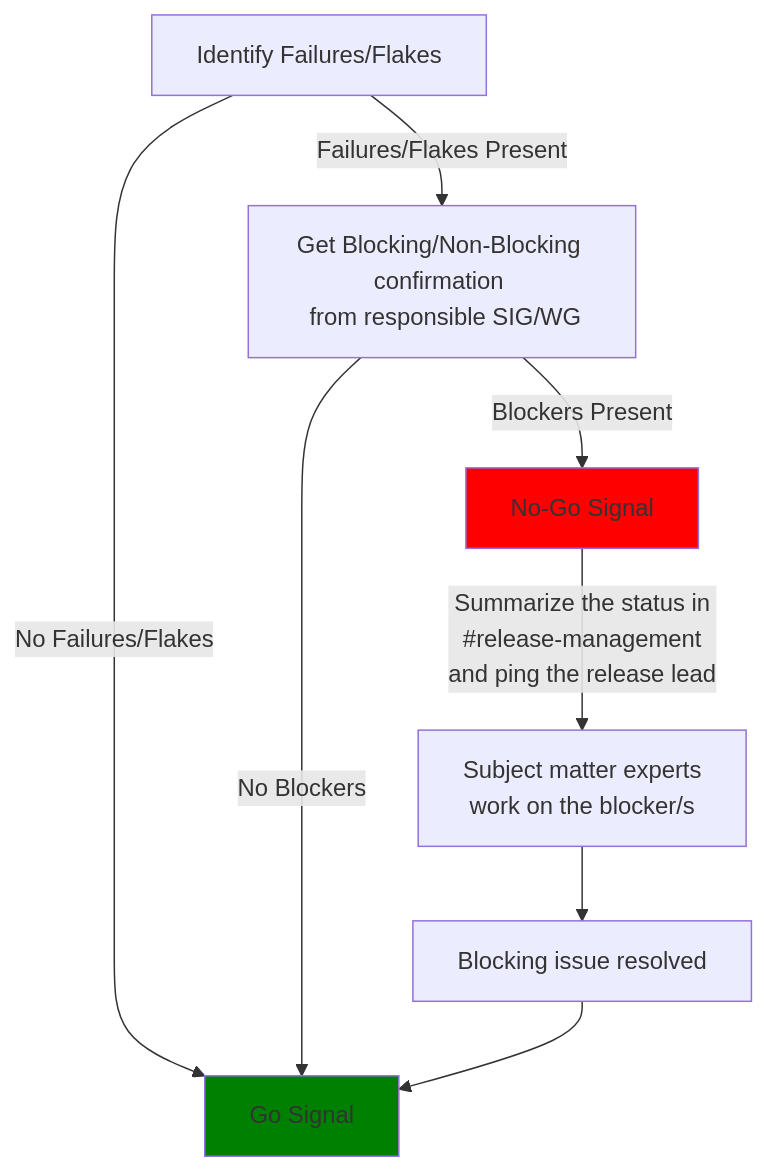
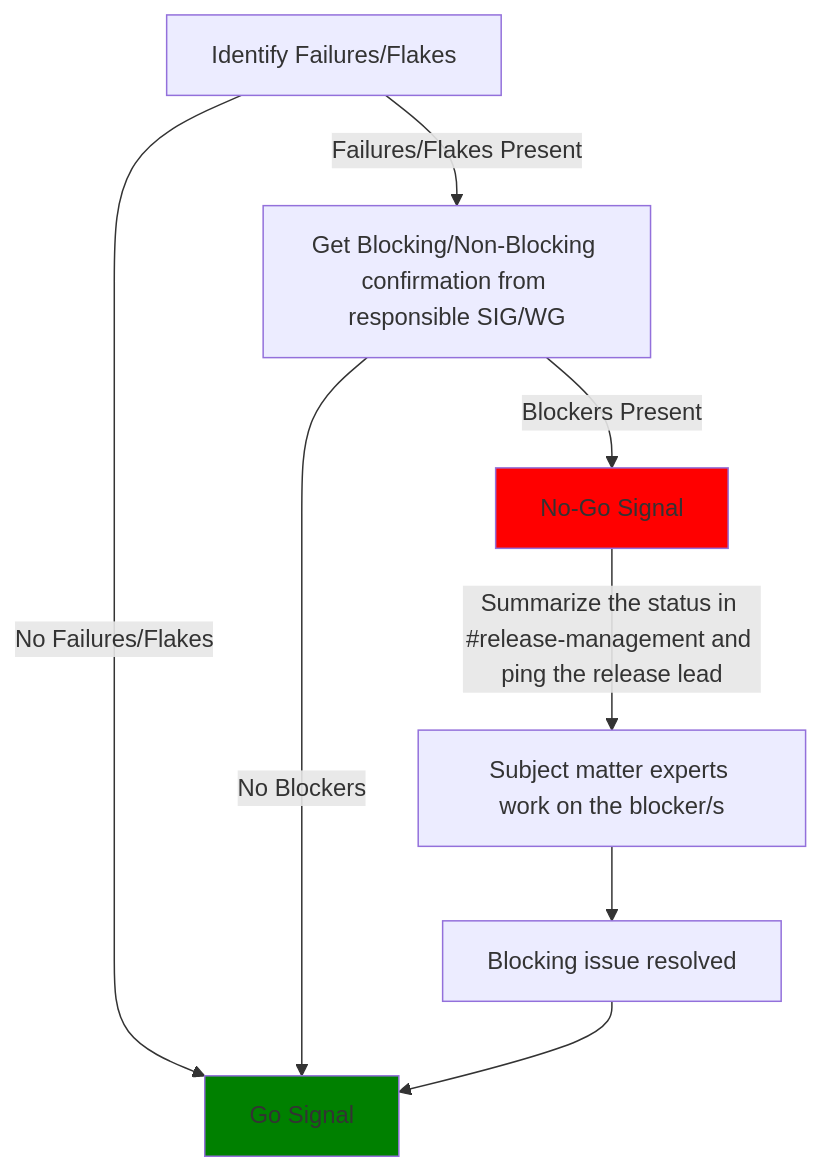
One commit to kubernetes/sig-release changed the diagram in release-team/role-handbooks/release-signal/README.md. Above: the diagram before and after it, drawn with Mermaid. The commit also changed other lines of this file and 1 other file, not shown here.

First line of the commit message:
Fix various typos in release-signal docs

````diff
--- a/release-team/role-handbooks/release-signal/README.md
+++ b/release-team/role-handbooks/release-signal/README.md
@@ -319,12 +319,12 @@
 ```mermaid
 flowchart TD
     A[Identify Failures/Flakes] -->|No Failures/Flakes| B[Go Signal]
-    A --> |Failures/Flakes Present| C[Get Blocking/Non-Blocking confirmation \n from responsible SIG/WG]
+    A --> |Failures/Flakes Present| C[Get Blocking/Non-Blocking confirmation from responsible SIG/WG]
     C --> |No Blockers| B
     C --> |Blockers Present| D[No-Go Signal]
-    D --> |Summarize the status in \n #release-management \n and ping the release lead| E[Subject matter experts \n work on the blocker/s]
+    D --> |Summarize the status in #release-management and ping the release lead| E[Subject matter experts work on the blocker/s]
     E --> F[Blocking issue resolved]
     F --> B
     style B fill:#008000
     style D fill:#FF0000
 ```
````
